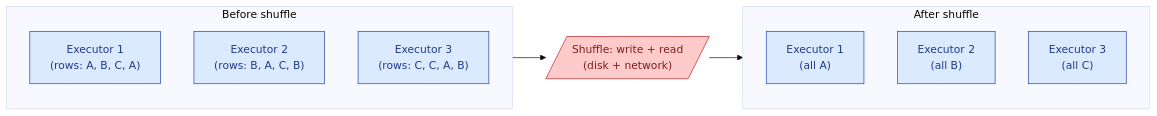
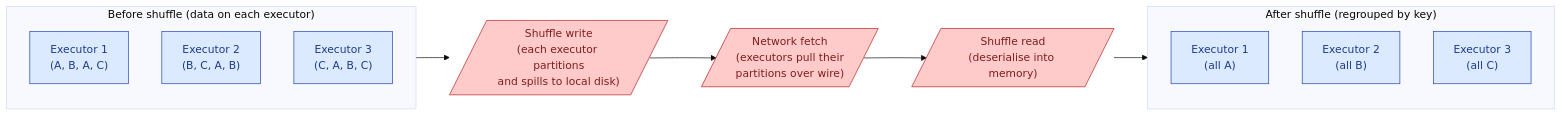
One commit to shiningflash/shiningflash.github.io changed the first of 2 diagrams in _de_concepts/028-shuffle.md. Above: the diagram before and after it, drawn with Mermaid (base theme). The commit also changed other lines of this file and 69 other files, not shown here.

````diff
--- a/_de_concepts/028-shuffle.md
+++ b/_de_concepts/028-shuffle.md
@@ -12,18 +14,20 @@
 ```mermaid
 flowchart LR
-    subgraph Before["Before shuffle"]
-        E1["Executor 1<br/>(rows: A, B, C, A)"]:::e
-        E2["Executor 2<br/>(rows: B, A, C, B)"]:::e
-        E3["Executor 3<br/>(rows: C, C, A, B)"]:::e
+    subgraph Before["Before shuffle (data on each executor)"]
+        E1["Executor 1<br/>(A, B, A, C)"]:::e
+        E2["Executor 2<br/>(B, C, A, B)"]:::e
+        E3["Executor 3<br/>(C, A, B, C)"]:::e
     end
-    Before --> Net[/"Shuffle: write + read<br/>(disk + network)"/]:::net
-    Net --> After
-    subgraph After["After shuffle"]
+    Before --> W[/"Shuffle write<br/>(each executor partitions<br/>and spills to local disk)"/]:::r
+    W --> N[/"Network fetch<br/>(executors pull their<br/>partitions over wire)"/]:::r
+    N --> Read[/"Shuffle read<br/>(deserialise into memory)"/]:::r
+    Read --> After
+    subgraph After["After shuffle (regrouped by key)"]
         F1["Executor 1<br/>(all A)"]:::e
         F2["Executor 2<br/>(all B)"]:::e
         F3["Executor 3<br/>(all C)"]:::e
     end
 
     classDef e fill:#dbeafe,stroke:#1e40af,color:#1e3a8a
-    classDef net fill:#fecaca,stroke:#b91c1c,color:#7f1d1d
+    classDef r fill:#fecaca,stroke:#b91c1c,color:#7f1d1d
 ```
````
